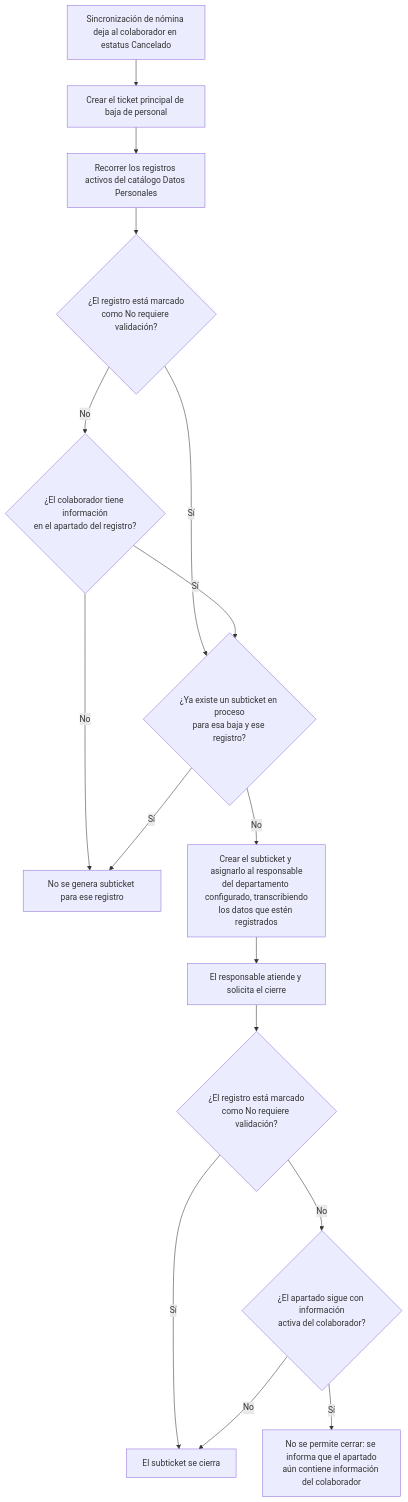
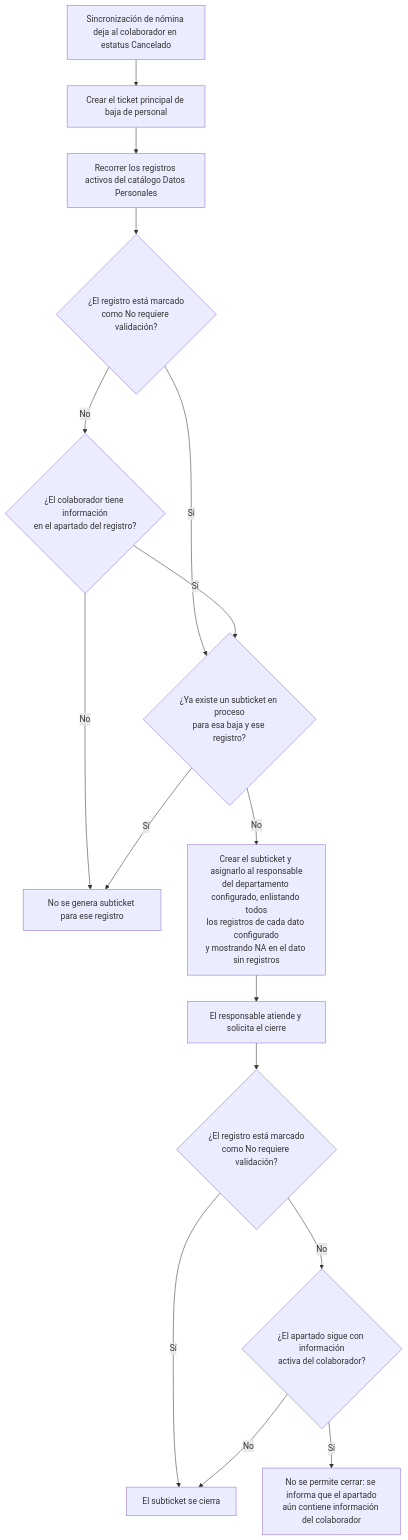
The third of 3 diagrams in docs/Proyectos/iNN/Baja usuario - Ticket escalonado/Vigencia del Resguardo en Sitio y Recolección Automática de Activos.md (solis1408/Business-Suite), drawn with Mermaid before and after one commit. The commit also changed other lines of this file, not shown here.

First line of the commit message:
docs(computo): enlista todos los registros de cada dato y NA cuando no hay

````diff
--- a/docs/Proyectos/iNN/Baja usuario - Ticket escalonado/Vigencia del Resguardo en Sitio y Recolección Automática de Activos.md
+++ b/docs/Proyectos/iNN/Baja usuario - Ticket escalonado/Vigencia del Resguardo en Sitio y Recolección Automática de Activos.md
@@ -291,18 +301,18 @@
 ```mermaid
 flowchart TD
     A[Sincronización de nómina deja al colaborador en estatus Cancelado] --> B[Crear el ticket principal de baja de personal]
     B --> C[Recorrer los registros activos del catálogo Datos Personales]
     C --> D{¿El registro está marcado<br/>como No requiere validación?}
     D -- Sí --> F{¿Ya existe un subticket en proceso<br/>para esa baja y ese registro?}
     D -- No --> E{¿El colaborador tiene información<br/>en el apartado del registro?}
     E -- No --> G[No se genera subticket para ese registro]
     E -- Sí --> F
     F -- Sí --> G
-    F -- No --> H[Crear el subticket y asignarlo al responsable<br/>del departamento configurado, transcribiendo<br/>los datos que estén registrados]
+    F -- No --> H[Crear el subticket y asignarlo al responsable<br/>del departamento configurado, enlistando todos<br/>los registros de cada dato configurado<br/>y mostrando NA en el dato sin registros]
     H --> I[El responsable atiende y solicita el cierre]
     I --> J{¿El registro está marcado<br/>como No requiere validación?}
     J -- Sí --> L[El subticket se cierra]
     J -- No --> K{¿El apartado sigue con información<br/>activa del colaborador?}
     K -- Sí --> M[No se permite cerrar: se informa que el apartado<br/>aún contiene información del colaborador]
     K -- No --> L
 ```
````
